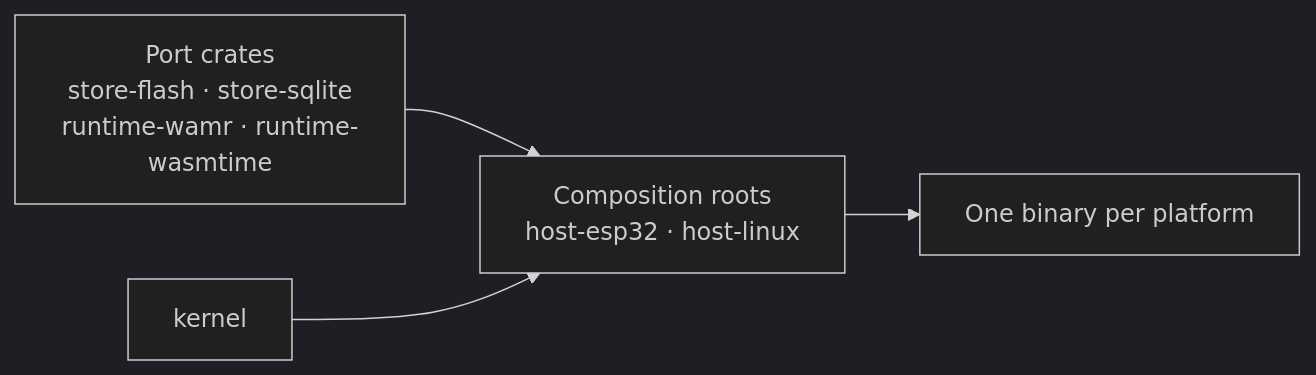
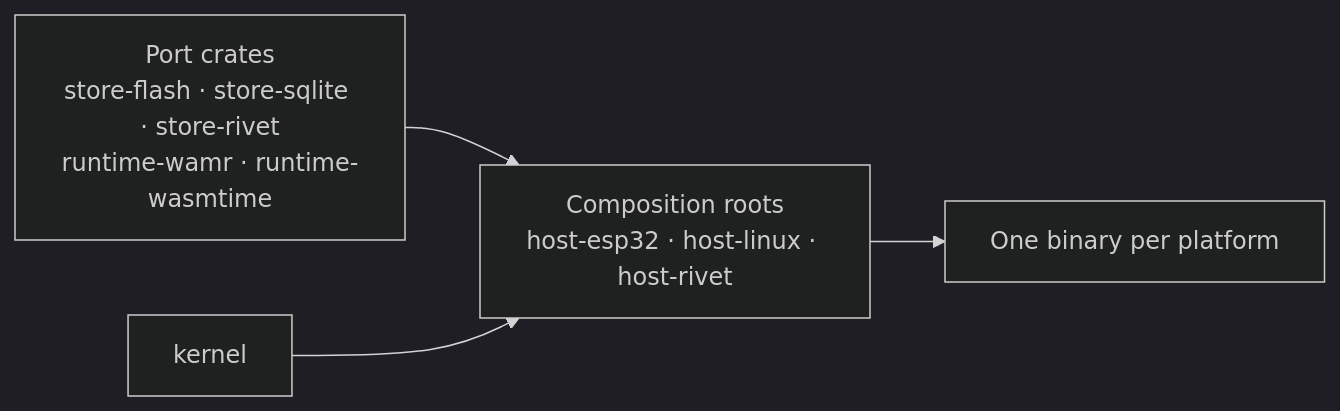
One commit to StevenJPx2/workhorse changed the fourth of 4 diagrams in docs/uniform-stack.md. Above: the diagram before and after it, drawn with Mermaid (dark theme). The commit also changed other lines of this file and 64 other files, not shown here.

````diff
--- a/docs/uniform-stack.md
+++ b/docs/uniform-stack.md
@@ -112,6 +125,6 @@
 ```mermaid
 flowchart LR
-    Ports["Port crates<br/>store-flash · store-sqlite<br/>runtime-wamr · runtime-wasmtime"] --> Roots["Composition roots<br/>host-esp32 · host-linux"]
+    Ports["Port crates<br/>store-flash · store-sqlite · store-rivet<br/>runtime-wamr · runtime-wasmtime"] --> Roots["Composition roots<br/>host-esp32 · host-linux · host-rivet"]
     Kernel["kernel"] --> Roots
     Roots --> Bin["One binary per platform"]
 ```
````
